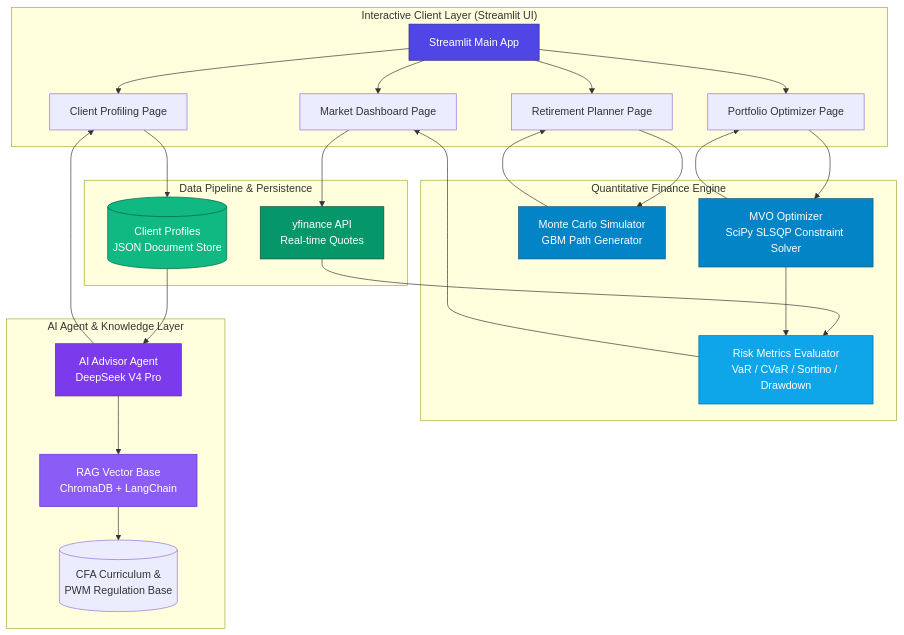
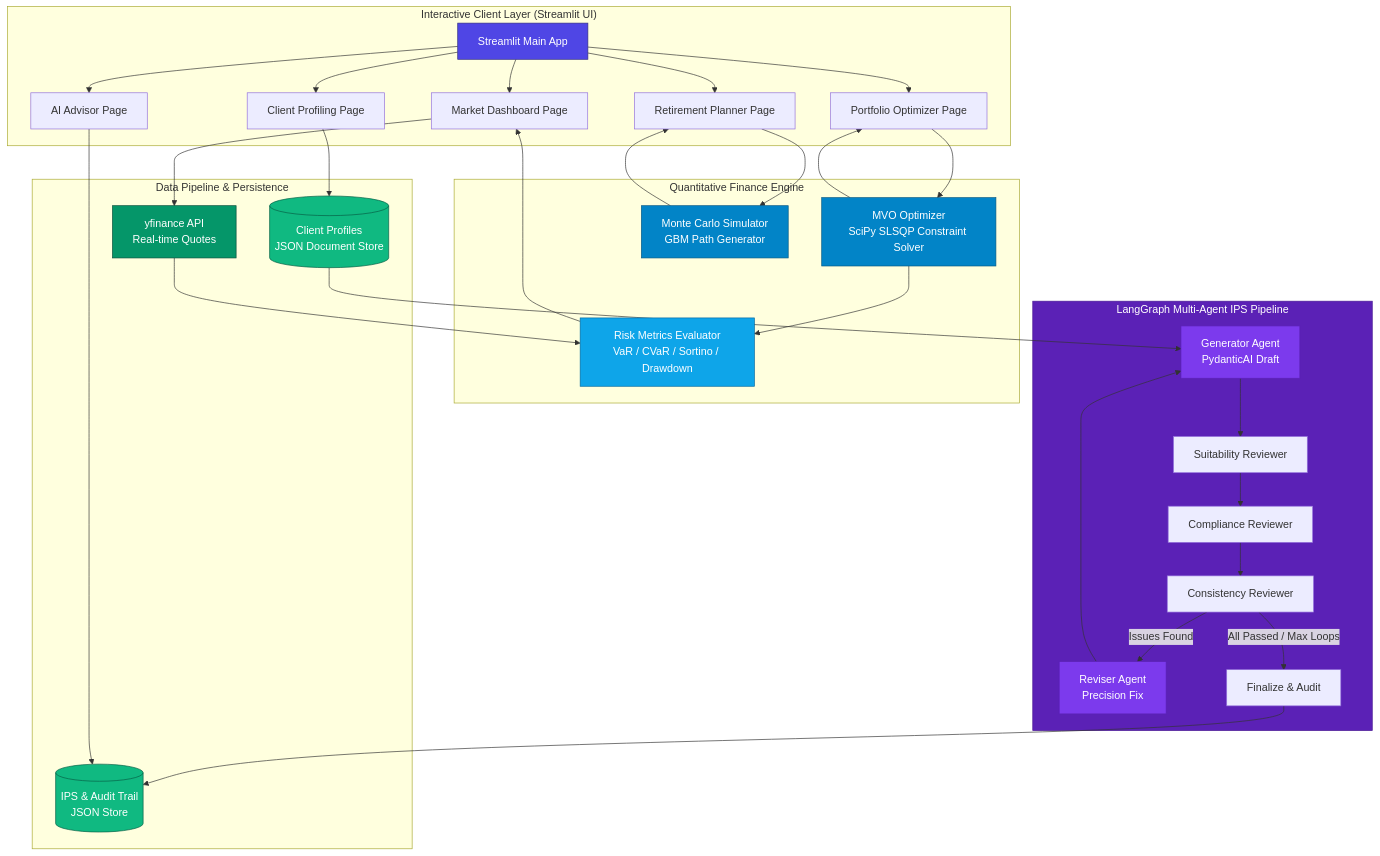
Before and after one commit to Michelia-L/AI-WealthPilot: the diagram in README.md, drawn with Mermaid. The commit also changed other lines of this file and 1 other file, not shown here.

Commit message:
docs: update README files with multi-agent IPS workflow, BL model, and revised formulas

````diff
--- a/README.md
+++ b/README.md
@@ -66,62 +72,71 @@
 ```mermaid
 graph TB
     subgraph UI_Layer ["Interactive Client Layer (Streamlit UI)"]
         UI[Streamlit Main App]
         P1[Market Dashboard Page]
         P2[Portfolio Optimizer Page]
         P3[Retirement Planner Page]
         P4[Client Profiling Page]
+        P5[AI Advisor Page]
     end
 
     subgraph Quant_Engine ["Quantitative Finance Engine"]
         MVO[MVO Optimizer<br/>SciPy SLSQP Constraint Solver]
         MC[Monte Carlo Simulator<br/>GBM Path Generator]
         RM[Risk Metrics Evaluator<br/>VaR / CVaR / Sortino / Drawdown]
     end
 
-    subgraph AI_Layer ["AI Agent & Knowledge Layer"]
-        Agent[AI Advisor Agent<br/>DeepSeek V4 Pro]
-        RAG[RAG Vector Base<br/>ChromaDB + LangChain]
-        CFA_KB[(CFA Curriculum &<br/>PWM Regulation Base)]
+    subgraph Multi_Agent_IPS ["LangGraph Multi-Agent IPS Pipeline"]
+        Gen[Generator Agent<br/>PydanticAI Draft]
+        Rev_S[Suitability Reviewer]
+        Rev_C[Compliance Reviewer]
+        Rev_Co[Consistency Reviewer]
+        Reviser[Reviser Agent<br/>Precision Fix]
+        
+        Gen --> Rev_S --> Rev_C --> Rev_Co
+        Rev_Co -- "Issues Found" --> Reviser --> Gen
+        Rev_Co -- "All Passed / Max Loops" --> Final[Finalize & Audit]
     end
 
     subgraph Data_Layer ["Data Pipeline & Persistence"]
         YF[yfinance API<br/>Real-time Quotes]
         JSON_DB[(Client Profiles<br/>JSON Document Store)]
+        IPS_DB[(IPS & Audit Trail<br/>JSON Store)]
     end
 
     %% UI Routing
-    UI --> P1 & P2 & P3 & P4
+    UI --> P1 & P2 & P3 & P4 & P5
 
     %% Market Data Flow
     P1 --> YF
     YF --> RM
     RM --> P1
 
     %% Optimizer Flow
     P2 --> MVO
     MVO --> RM
     MVO --> P2
 
     %% Monte Carlo Flow
     P3 --> MC
     MC --> P3
 
     %% Profiling Flow
     P4 --> JSON_DB
-    JSON_DB --> Agent
-
-    %% AI Agent & RAG Flow
-    Agent --> RAG
-    RAG --> CFA_KB
-    Agent --> P4
+    JSON_DB --> Gen
+    
+    %% Storage Flow
+    Final --> IPS_DB
+    P5 --> IPS_DB
     
     style UI fill:#4f46e5,stroke:#312e81,color:#fff
     style MVO fill:#0284c7,stroke:#075985,color:#fff
     style MC fill:#0284c7,stroke:#075985,color:#fff
     style RM fill:#0ea5e9,stroke:#0369a1,color:#fff
-    style Agent fill:#7c3aed,stroke:#5b21b6,color:#fff
-    style RAG fill:#8b5cf6,stroke:#6d28d9,color:#fff
+    style Multi_Agent_IPS fill:#5b21b6,stroke:#4c1d95,color:#fff
+    style Gen fill:#7c3aed,stroke:#5b21b6,color:#fff
+    style Reviser fill:#7c3aed,stroke:#5b21b6,color:#fff
     style YF fill:#059669,stroke:#064e3b,color:#fff
     style JSON_DB fill:#10b981,stroke:#065f46,color:#fff
+    style IPS_DB fill:#10b981,stroke:#065f46,color:#fff
 ```
````
